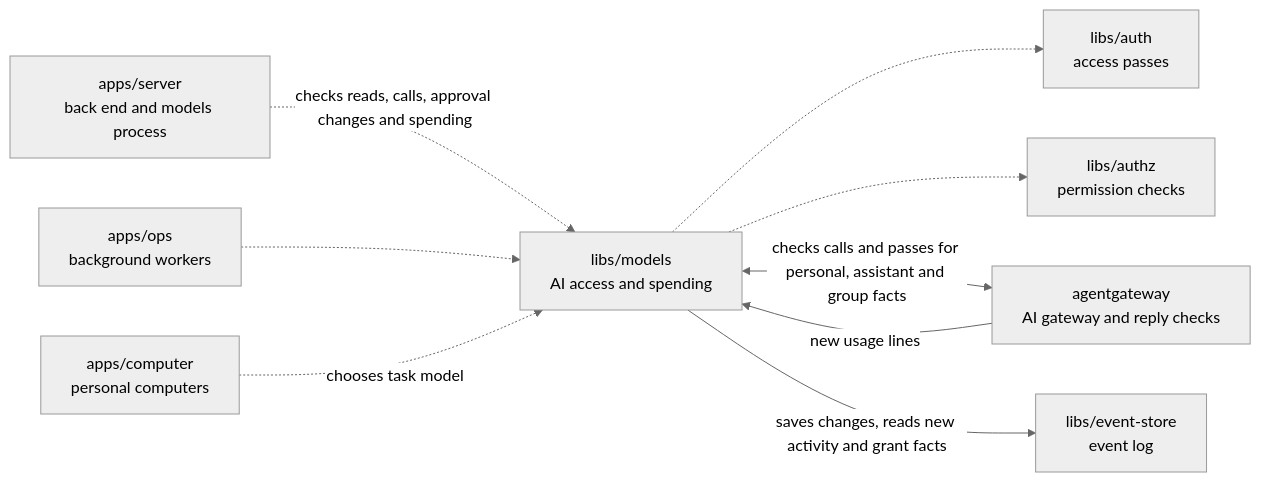
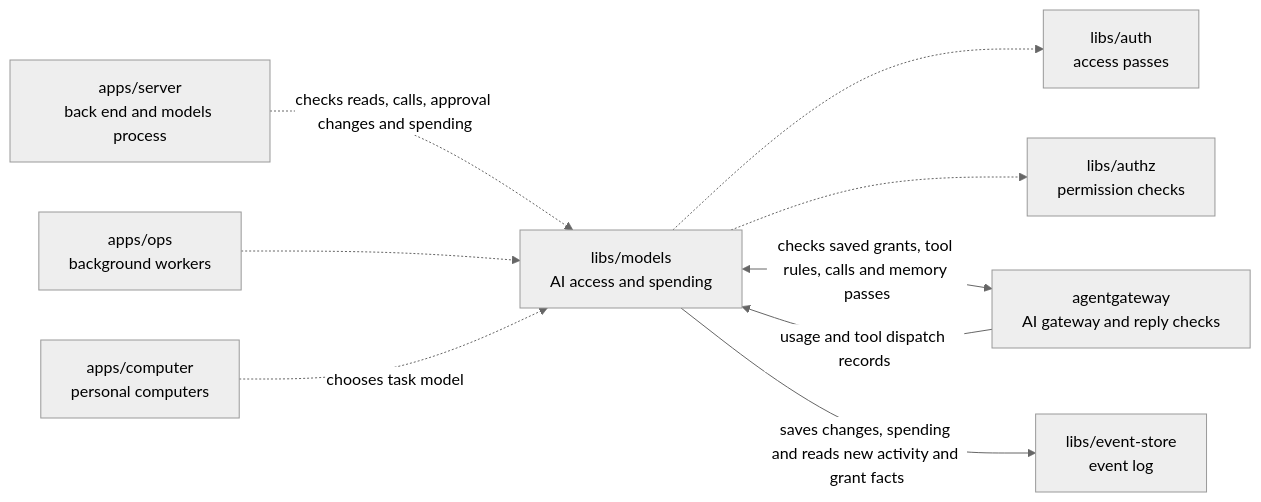
The diagram in libs/models/README.md (elewa-git/opencrane-new), drawn with Mermaid (neutral theme) before and after one commit. The commit also changed other lines of this file and 37 other files, not shown here.

````diff
--- a/libs/models/README.md
+++ b/libs/models/README.md
@@ -11,11 +11,11 @@
 ```mermaid
 flowchart LR
   server["apps/server<br/>back end and models process"] -.->|checks reads, calls, approval changes and spending| models["libs/models<br/>AI access and spending"]
   ops["apps/ops<br/>background workers"] -.-> models
   computer["apps/computer<br/>personal computers"] -.->|chooses task model| models
   models -.-> auth["libs/auth<br/>access passes"]
   models -.-> authz["libs/authz<br/>permission checks"]
-  models <-->|checks calls and passes for personal, assistant and group facts| gateway["agentgateway<br/>AI gateway and reply checks"]
-  gateway -->|new usage lines| models
-  models -->|saves changes, reads new activity and grant facts| store["libs/event-store<br/>event log"]
+  models <-->|checks saved grants, tool rules, calls and memory passes| gateway["agentgateway<br/>AI gateway and reply checks"]
+  gateway -->|usage and tool dispatch records| models
+  models -->|saves changes, spending and reads new activity and grant facts| store["libs/event-store<br/>event log"]
 ```
````
